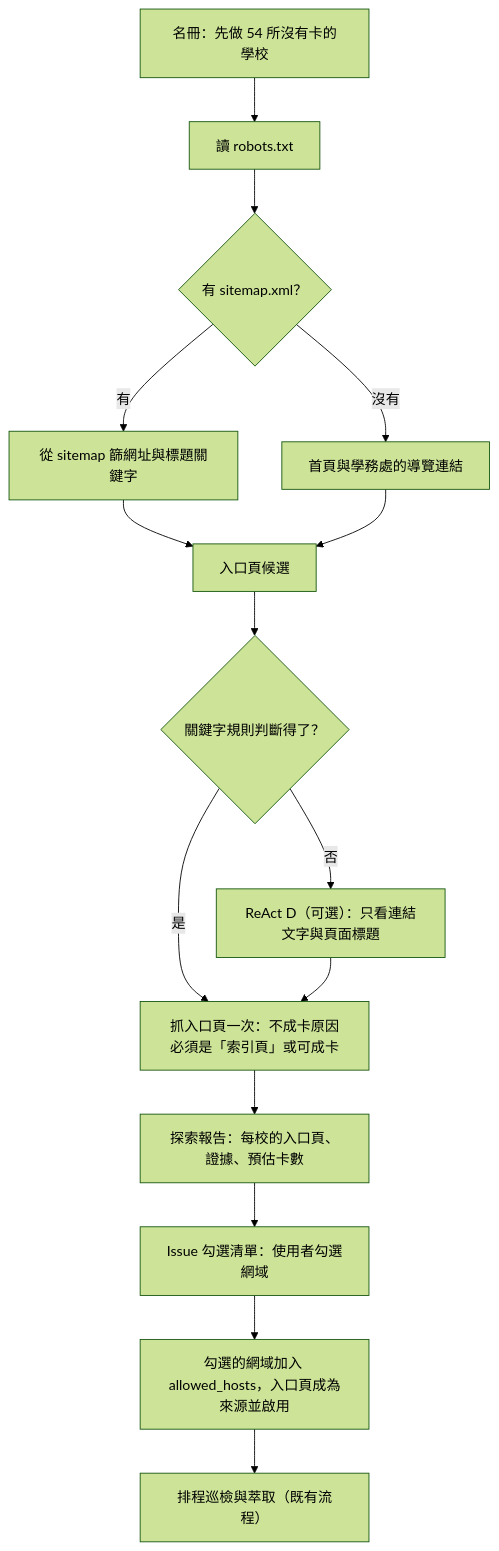
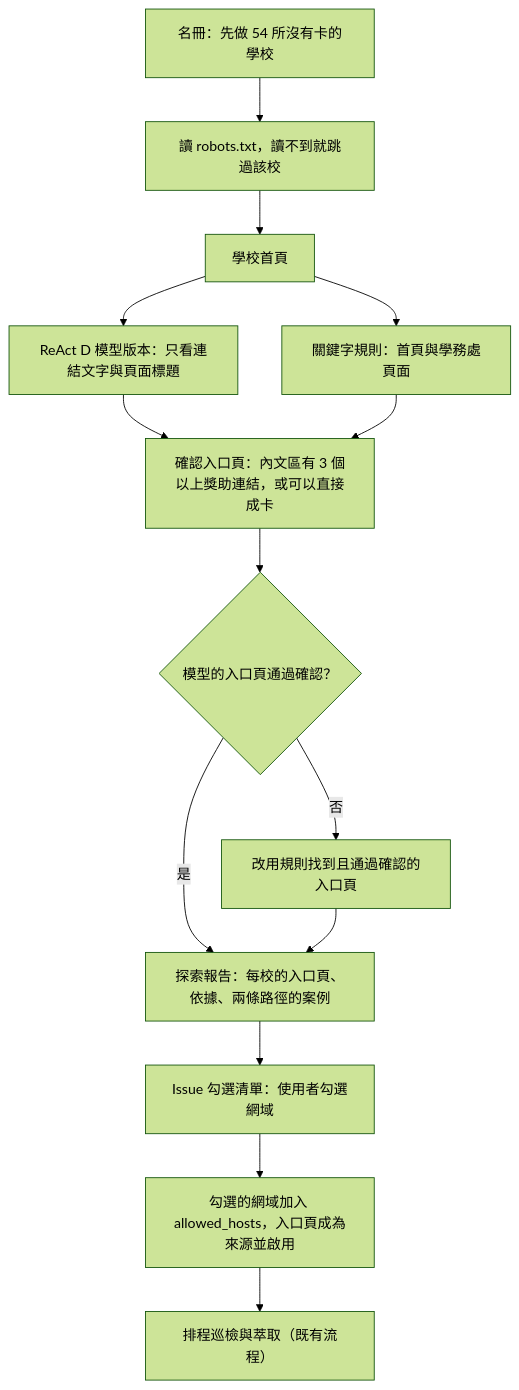
The diagram in docs/UNIVERSITY-DISCOVERY-DESIGN.md (matt-ye/opengsa), drawn with Mermaid (forest theme) before and after one commit. The commit also changed other lines of this file and 4 other files, not shown here.

````diff
--- a/docs/UNIVERSITY-DISCOVERY-DESIGN.md
+++ b/docs/UNIVERSITY-DISCOVERY-DESIGN.md
@@ -29,17 +29,16 @@
 ```mermaid
 flowchart TD
-  SEED[名冊：先做 54 所沒有卡的學校] --> ROBOTS[讀 robots.txt]
-  ROBOTS --> MAP{有 sitemap.xml？}
-  MAP -->|有| SM[從 sitemap 篩網址與標題關鍵字]
-  MAP -->|沒有| NAV[首頁與學務處的導覽連結]
-  SM --> CAND[入口頁候選]
-  NAV --> CAND
-  CAND --> RULE{關鍵字規則判斷得了？}
-  RULE -->|是| CHECK[抓入口頁一次：不成卡原因必須是「索引頁」或可成卡]
-  RULE -->|否| REACT[ReAct D（可選）：只看連結文字與頁面標題]
-  REACT --> CHECK
-  CHECK --> REPORT[探索報告：每校的入口頁、證據、預估卡數]
+  SEED[名冊：先做 54 所沒有卡的學校] --> ROBOTS[讀 robots.txt，讀不到就跳過該校]
+  ROBOTS --> HOME[學校首頁]
+  HOME --> REACT[ReAct D 模型版本：只看連結文字與頁面標題]
+  HOME --> RULE[關鍵字規則：首頁與學務處頁面]
+  REACT --> CHECK[確認入口頁：內文區有 3 個以上獎助連結，或可以直接成卡]
+  RULE --> CHECK
+  CHECK --> PICK{模型的入口頁通過確認？}
+  PICK -->|是| REPORT
+  PICK -->|否| FALLBACK[改用規則找到且通過確認的入口頁] --> REPORT
+  REPORT[探索報告：每校的入口頁、依據、兩條路徑的案例]
   REPORT --> ISSUE[Issue 勾選清單：使用者勾選網域]
   ISSUE --> ADD[勾選的網域加入 allowed_hosts，入口頁成為來源並啟用]
   ADD --> SCAN[排程巡檢與萃取（既有流程）]
 ```
````
